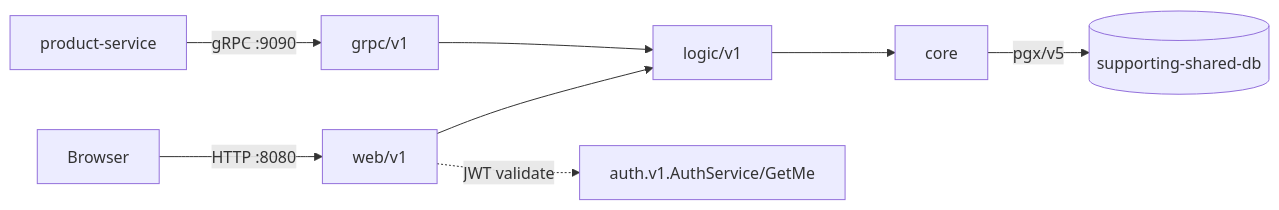
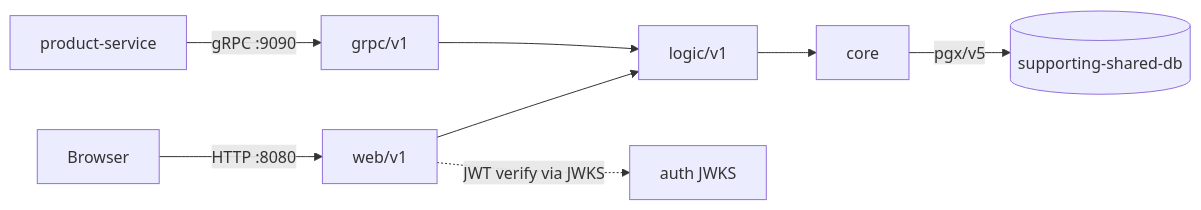
Before and after one commit to duynhlab/review-service: the diagram in AGENTS.md, drawn with Mermaid. The commit also changed other lines of this file and 5 other files, not shown here.

First line of the commit message:
Drop auth gRPC fallback; JWT-only middleware (#97)

````diff
--- a/AGENTS.md
+++ b/AGENTS.md
@@ -130,10 +129,10 @@
 ```mermaid
 flowchart LR
     Browser -->|HTTP :8080| Web[web/v1]
     Product[product-service] -->|gRPC :9090| GRPC[grpc/v1]
     Web --> Logic[logic/v1]
     GRPC --> Logic
     Logic --> Core[core]
     Core -->|pgx/v5| DB[(supporting-shared-db)]
-    Web -.JWT validate.-> Auth[auth.v1.AuthService/GetMe]
+    Web -.JWT verify via JWKS.-> Auth[auth JWKS]
 ```
````
